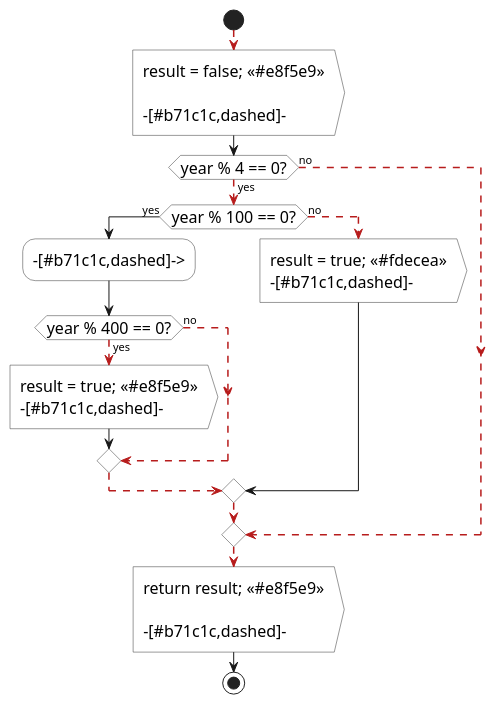
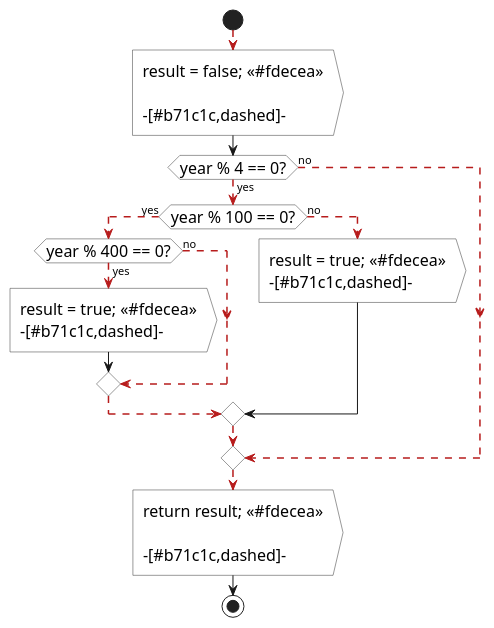
The first of 9 diagrams in src/main/asciidoc/lecture.adoc (inponomarev/coverage-talk), drawn with PlantUML before and after one commit. The commit also changed 1 other file, not shown here.

```diff
--- a/src/main/asciidoc/lecture.adoc
+++ b/src/main/asciidoc/lecture.adoc
@@ -81,53 +81,53 @@
 [plantuml, leapyear0, png]
 ----
 @startuml
 !pragma useVerticalIf on
 
 skinparam shadowing false
 skinparam defaultFontName Helvetica
 skinparam activity {
   FontSize 16
   BorderColor #333333
   BackgroundColor white
   DiamondBorderColor #333333
   DiamondBackgroundColor white
 }
 
 start
 -[#b71c1c,dashed]->
 
-:result = false; <<#e8f5e9>>
+:result = false; <<#fdecea>>
 
 -[#b71c1c,dashed]->
 
 if (year % 4 == 0?) then (yes)
   -[#b71c1c,dashed]->
   if (year % 100 == 0?) then (yes)
-    --[#b71c1c,dashed]->
+    -[#b71c1c,dashed]->
     if (year % 400 == 0?) then (yes)
       -[#b71c1c,dashed]->
-      :result = true; <<#e8f5e9>>
+      :result = true; <<#fdecea>>
       -[#b71c1c,dashed]->
     else (no)
       -[#b71c1c,dashed]->
 
     endif
     -[#b71c1c,dashed]->
   else (no)
     -[#b71c1c,dashed]->
     :result = true; <<#fdecea>>
     -[#b71c1c,dashed]->
   endif
   -[#b71c1c,dashed]->
 else (no)
   -[#b71c1c,dashed]->
 
 endif
 -[#b71c1c,dashed]->
-:return result; <<#e8f5e9>>
+:return result; <<#fdecea>>
 
 -[#b71c1c,dashed]->
 
 stop
 @enduml
 ----
```
